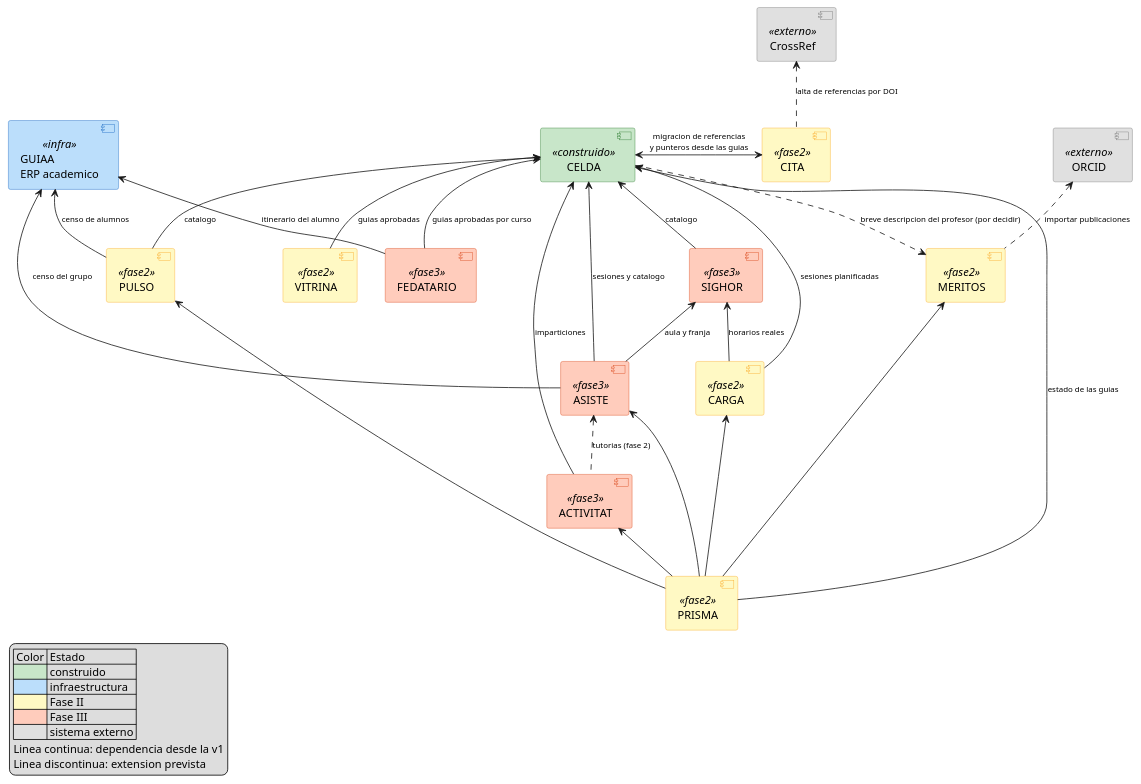
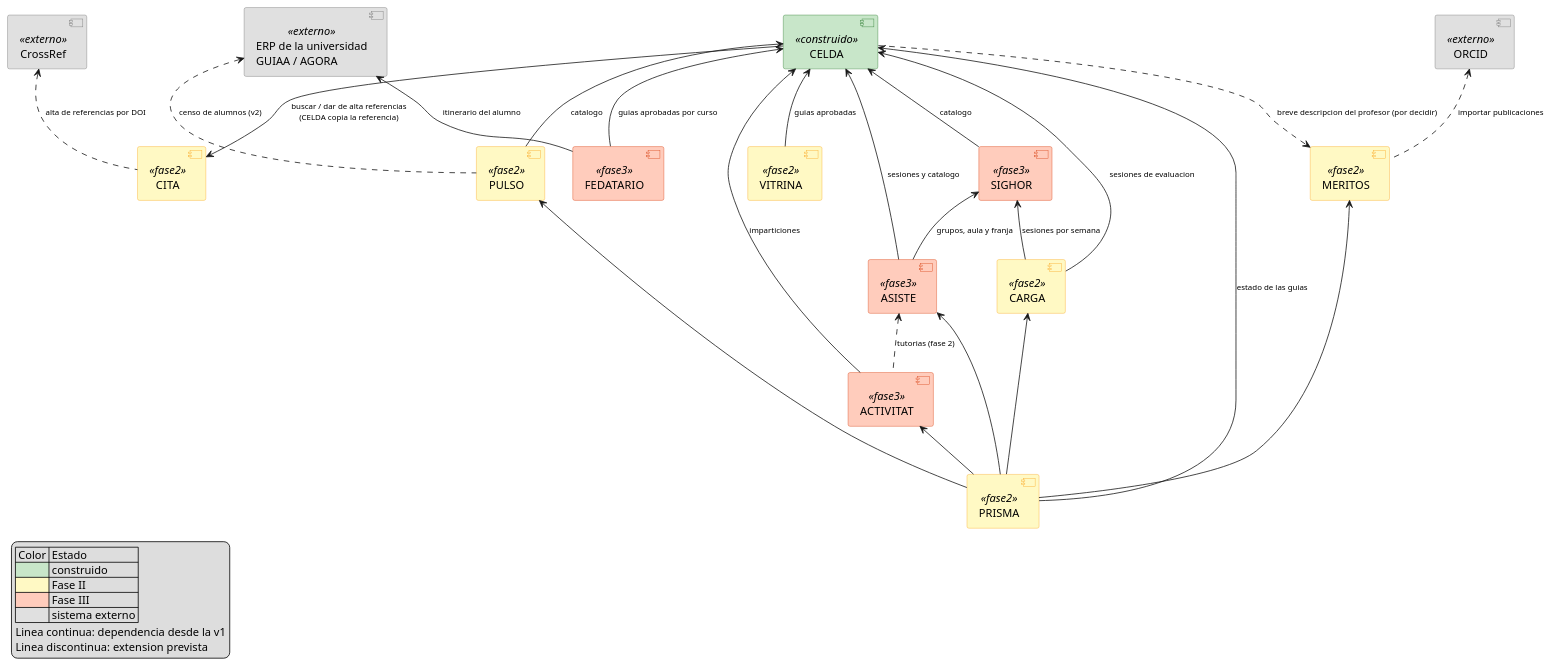
The diagram in modelosUML/mapaDependencias.puml (mmasias/_AGORA), drawn with PlantUML before and after one commit. The commit also changed 2 other files, not shown here.

Commit message:
docs(readme, mapa): COLMENA/GUIAA/AGORA como sistemas externos, tabla de datos maestros y diagrama actualizado (#11, #10)
Sesión: ClaudeF-Consultor-SDF1. Resolución debatida en la discussion #1.

```diff
--- a/modelosUML/mapaDependencias.puml
+++ b/modelosUML/mapaDependencias.puml
@@ -1,85 +1,84 @@
 @startuml
 
 skinparam component {
   BorderColor<<construido>> #2E7D32
-  BorderColor<<infra>> #1565C0
   BorderColor<<fase2>> #F9A825
   BorderColor<<fase3>> #D84315
   BorderColor<<externo>> #757575
   BackgroundColor<<construido>> #C8E6C9
-  BackgroundColor<<infra>> #BBDEFB
   BackgroundColor<<fase2>> #FFF9C4
   BackgroundColor<<fase3>> #FFCCBC
   BackgroundColor<<externo>> #E0E0E0
 }
 
 ' === Fuentes ===
 
 component "CELDA" <<construido>> as CELDA
-component "GUIAA\nERP academico" <<infra>> as GUIAA
+component "ERP de la universidad\nGUIAA / AGORA" <<externo>> as ERP
 
 component "ORCID" <<externo>> as ORCID
 component "CrossRef" <<externo>> as CROSSREF
 
 ' === Satelites Fase II ===
 
 component "MERITOS" <<fase2>> as MERITOS
 component "PULSO" <<fase2>> as PULSO
 component "VITRINA" <<fase2>> as VITRINA
 component "CITA" <<fase2>> as CITA
 component "CARGA" <<fase2>> as CARGA
 component "PRISMA" <<fase2>> as PRISMA
 
 ' === Satelites Fase III ===
 
 component "SIGHOR" <<fase3>> as SIGHOR
 component "ASISTE" <<fase3>> as ASISTE
 component "FEDATARIO" <<fase3>> as FEDATARIO
 component "ACTIVITAT" <<fase3>> as ACTIVITAT
 
 ' === Consumos sobre CELDA ===
 
 PULSO -up-> CELDA : <sub>catalogo</sub>
 VITRINA -up-> CELDA : <sub>guias aprobadas</sub>
-CELDA <-> CITA : <sub>migracion de referencias</sub>\n<sub>y punteros desde las guias</sub>
-CARGA -up-> CELDA : <sub>sesiones planificadas</sub>
+CARGA -up-> CELDA : <sub>sesiones de evaluacion</sub>
 ASISTE -up-> CELDA : <sub>sesiones y catalogo</sub>
 SIGHOR -up-> CELDA : <sub>catalogo</sub>
 ACTIVITAT -up-> CELDA : <sub>imparticiones</sub>
 FEDATARIO -up-> CELDA : <sub>guias aprobadas por curso</sub>
 PRISMA -up-> CELDA : <sub>estado de las guias</sub>
 
+' === CELDA sobre satelites ===
+
+CELDA -down-> CITA : <sub>buscar / dar de alta referencias</sub>\n<sub>(CELDA copia la referencia)</sub>
+
 ' === Satelite a satelite ===
 
-CARGA -up-> SIGHOR : <sub>horarios reales</sub>
-ASISTE -up-> SIGHOR : <sub>aula y franja</sub>
+CARGA -up-> SIGHOR : <sub>sesiones por semana</sub>
+ASISTE -up-> SIGHOR : <sub>grupos, aula y franja</sub>
 PRISMA -up-> MERITOS
 PRISMA -up-> PULSO
 PRISMA -up-> ASISTE
 PRISMA -up-> CARGA
 PRISMA -up-> ACTIVITAT
 
-' === Consumos sobre GUIAA ===
+' === Consumos sobre el ERP de la universidad ===
 
-PULSO -up-> GUIAA : <sub>censo de alumnos</sub>
-ASISTE -up-> GUIAA : <sub>censo del grupo</sub>
-FEDATARIO -up-> GUIAA : <sub>itinerario del alumno</sub>
+FEDATARIO -up-> ERP : <sub>itinerario del alumno</sub>
 
 ' === Extensiones previstas ===
 
+PULSO .up.> ERP : <sub>censo de alumnos (v2)</sub>
 ACTIVITAT .up.> ASISTE : <sub>tutorias (fase 2)</sub>
 MERITOS .up.> ORCID : <sub>importar publicaciones</sub>
 CITA .up.> CROSSREF : <sub>alta de referencias por DOI</sub>
 CELDA ..> MERITOS : <sub>breve descripcion del profesor (por decidir)</sub>
 
 legend left
   | Color | Estado |
   |<#C8E6C9>| construido |
-  |<#BBDEFB>| infraestructura |
   |<#FFF9C4>| Fase II |
   |<#FFCCBC>| Fase III |
   |<#E0E0E0>| sistema externo |
   Linea continua: dependencia desde la v1
   Linea discontinua: extension prevista
 end legend
 @enduml
```
